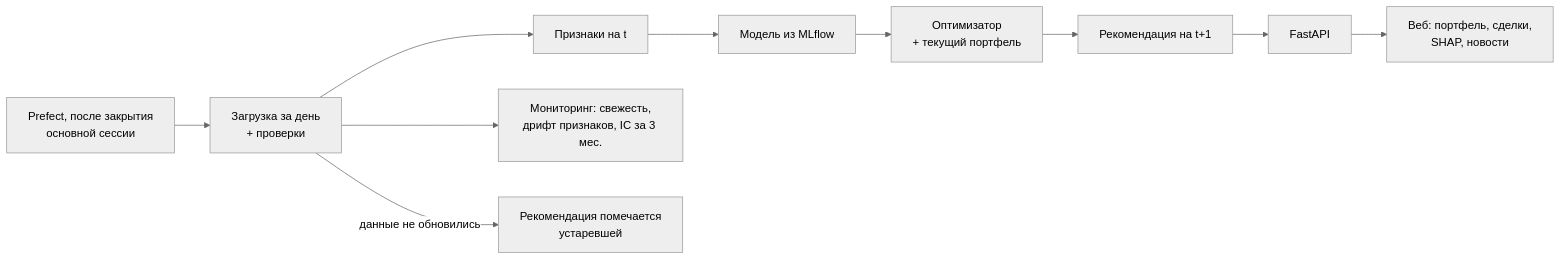
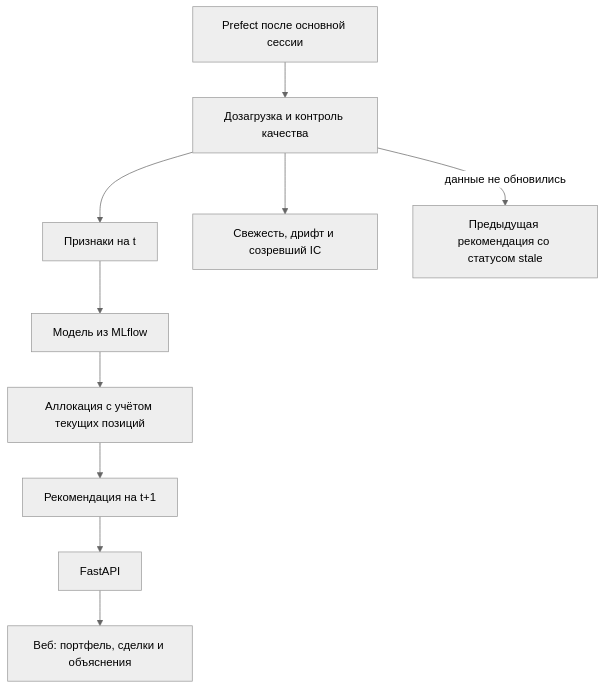
One commit to Dtsyp/moex-portfolio-copilot changed the second of 2 diagrams in docs/ml_system_design_doc.md. Above: the diagram before and after it, drawn with Mermaid (neutral theme). The commit also changed other lines of this file and 45 other files, not shown here.

````diff
--- a/docs/ml_system_design_doc.md
+++ b/docs/ml_system_design_doc.md
@@ -197,12 +202,12 @@
 ```mermaid
-flowchart LR
-    CRON["Prefect, после закрытия<br/>основной сессии"] --> LOAD["Загрузка за день<br/>+ проверки"]
+flowchart TB
+    CRON["Prefect после основной сессии"] --> LOAD["Дозагрузка и контроль качества"]
     LOAD --> FEAT["Признаки на t"]
     FEAT --> MODEL["Модель из MLflow"]
-    MODEL --> OPT["Оптимизатор<br/>+ текущий портфель"]
+    MODEL --> OPT["Аллокация с учётом текущих позиций"]
     OPT --> STORE["Рекомендация на t+1"]
     STORE --> API["FastAPI"]
-    API --> UI["Веб: портфель, сделки,<br/>SHAP, новости"]
-    LOAD --> MON["Мониторинг: свежесть,<br/>дрифт признаков, IC за 3 мес."]
-    LOAD -- "данные не обновились" --> STALE["Рекомендация помечается<br/>устаревшей"]
+    API --> UI["Веб: портфель, сделки и объяснения"]
+    LOAD --> MON["Свежесть, дрифт и созревший IC"]
+    LOAD -- "данные не обновились" --> STALE["Предыдущая рекомендация со статусом stale"]
 ```
````
